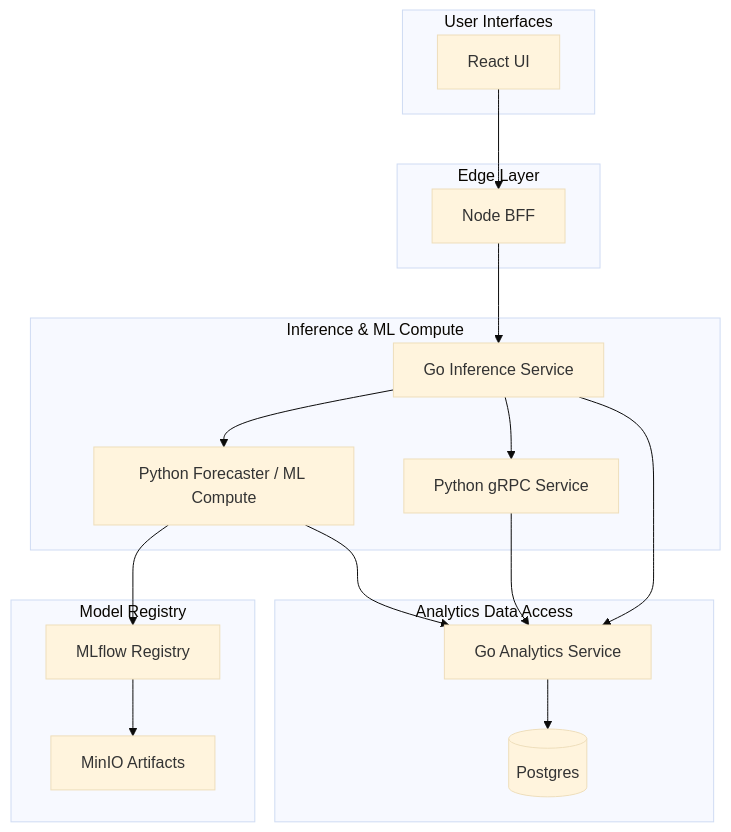
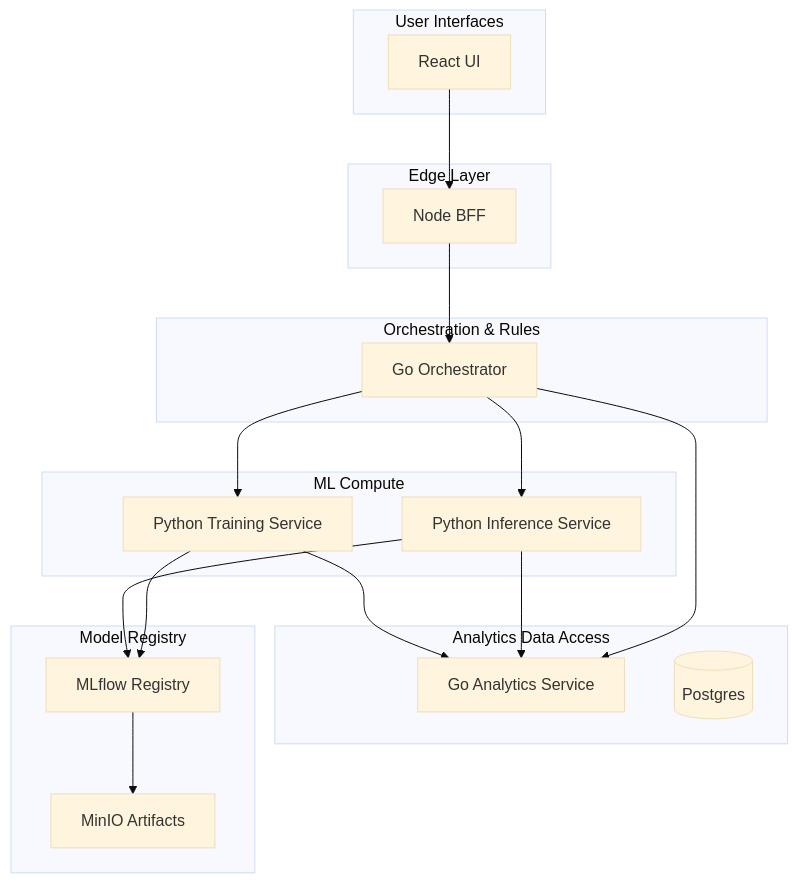
Before and after one commit to jonkmatsumo/label-lag: the first of 3 diagrams in README.md, drawn with Mermaid (base theme). The commit also changed other lines of this file and 146 other files, not shown here.

````diff
--- a/README.md
+++ b/README.md
@@ -13,31 +13,38 @@
 ```mermaid
 flowchart TB
     subgraph UI[User Interfaces]
         UI_REACT[React UI]
     end
 
     subgraph Edge[Edge Layer]
         BFF[Node BFF]
     end
 
-    subgraph Inference[Inference & ML Compute]
-        GO_INF[Go Inference Service]
-        PY_API[Python Forecaster / ML Compute]
-        PY_GRPC[Python gRPC Service]
+    subgraph Orchestration[Orchestration & Rules]
+        ORCH[Go Orchestrator]
+    end
+
+    subgraph Compute[ML Compute]
+        PY_INF[Python Inference Service]
+        PY_TRAIN[Python Training Service]
     end
 
     subgraph Analytics[Analytics Data Access]
         GO_CRUD[Go Analytics Service]
         DB[(Postgres)]
     end
 
     subgraph Registry[Model Registry]
         MLFLOW[MLflow Registry]
         MINIO[MinIO Artifacts]
     end
 
-    UI_REACT --> BFF --> GO_INF --> PY_API --> GO_CRUD --> DB
-    GO_INF --> PY_GRPC --> GO_CRUD
-    GO_INF --> GO_CRUD
-    PY_API --> MLFLOW --> MINIO
+    UI_REACT --> BFF --> ORCH
+    ORCH --> PY_INF
+    ORCH --> PY_TRAIN
+    ORCH --> GO_CRUD
+    PY_INF --> GO_CRUD
+    PY_TRAIN --> GO_CRUD
+    PY_TRAIN --> MLFLOW --> MINIO
+    PY_INF --> MLFLOW
 ```
````
